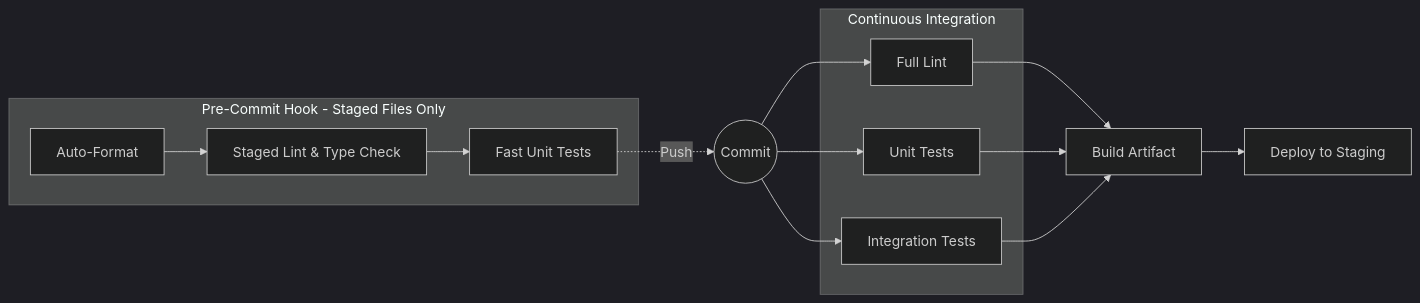
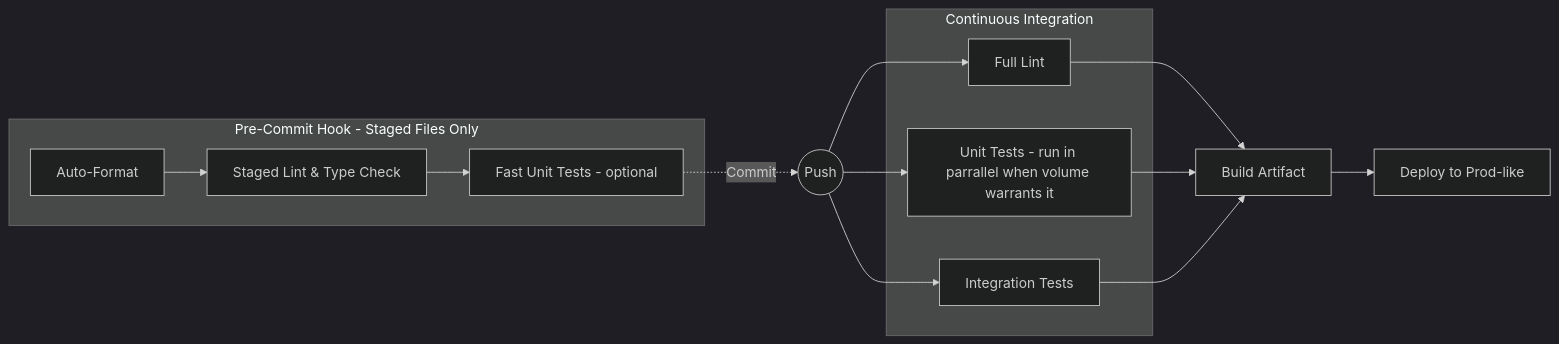
Before and after one commit to lgpalnau/ci-cd-examples: the second of 4 diagrams in README.md, drawn with Mermaid (dark theme). The commit also changed other lines of this file, not shown here.

Commit message:
docs: update CI/CD workflow diagrams and descriptions in README

````diff
--- a/README.md
+++ b/README.md
@@ -22,20 +23,20 @@
 ```mermaid
 graph LR
     subgraph Local [Pre-Commit Hook - Staged Files Only]
-    PC1[Auto-Format] --> PC2[Staged Lint & Type Check] --> PC3[Fast Unit Tests]
+    PC1[Auto-Format] --> PC2[Staged Lint & Type Check] --> PC3[Fast Unit Tests - optional]
     end
 
     subgraph CI [Continuous Integration]
     A[Full Lint]
-    B[Unit Tests]
+    B[Unit Tests - run in parrallel when volume warrants it]
     C[Integration Tests]
     end
 
-    PC3 -. Push .-> Trigger((Commit))
+    PC3 -. Commit .-> Trigger((Push))
     Trigger --> A
     Trigger --> B
     Trigger --> C
 
     A & B & C --> D[Build Artifact]
-    D --> E[Deploy to Staging]
+    D --> E[Deploy to Prod-like]
 ```
````
